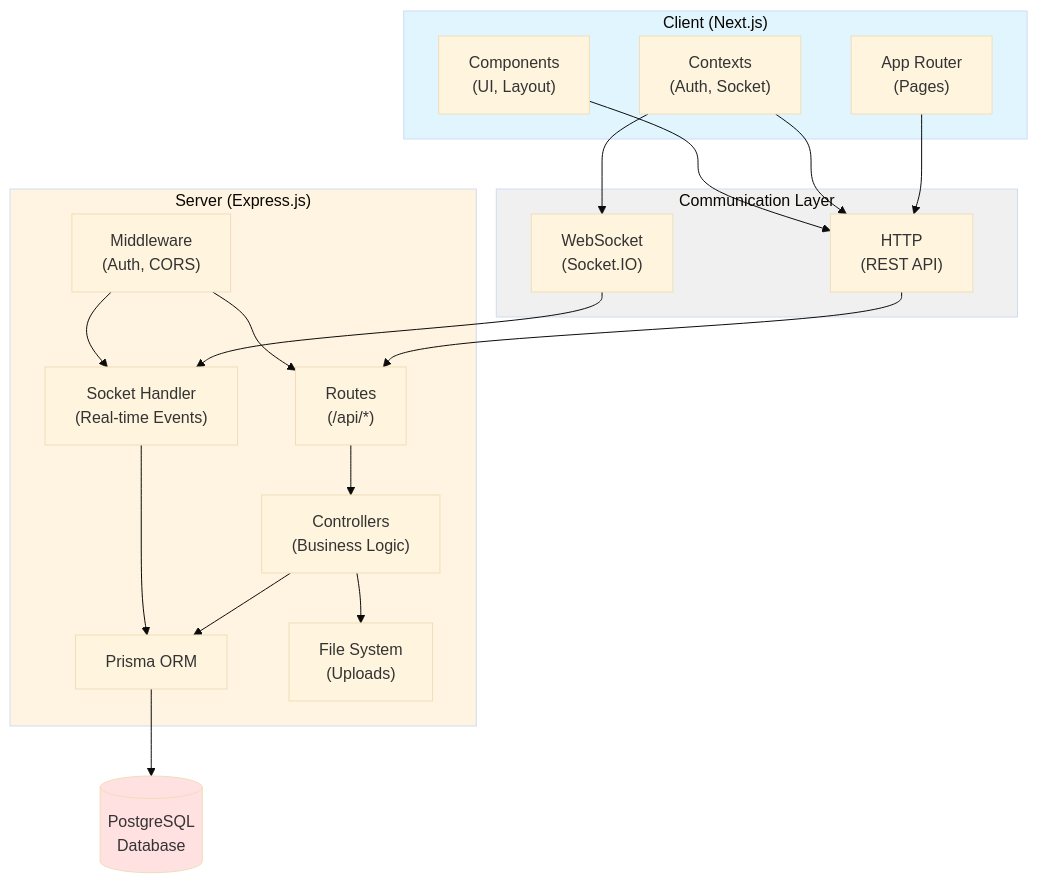
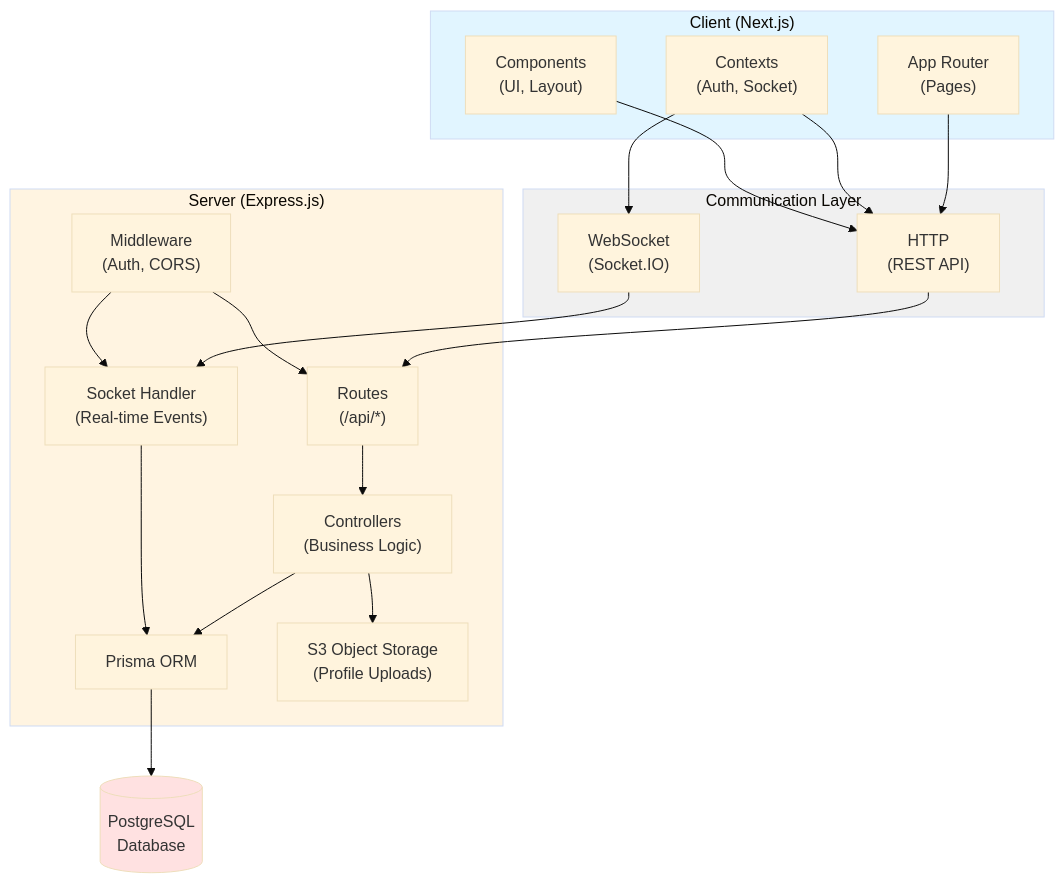
One commit to arnplsrz/kasinta changed the first of 5 diagrams in README.md. Above: the diagram before and after it, drawn with Mermaid (base theme). The commit also changed other lines of this file and 2 other files, not shown here.

````diff
--- a/README.md
+++ b/README.md
@@ -352,44 +354,44 @@
 ```mermaid
 graph TB
     subgraph Client["Client (Next.js)"]
         AppRouter["App Router<br/>(Pages)"]
         Contexts["Contexts<br/>(Auth, Socket)"]
         Components["Components<br/>(UI, Layout)"]
     end
 
     subgraph Communication["Communication Layer"]
         HTTP["HTTP<br/>(REST API)"]
         WebSocket["WebSocket<br/>(Socket.IO)"]
     end
 
     subgraph Server["Server (Express.js)"]
         Routes["Routes<br/>(/api/*)"]
         Controllers["Controllers<br/>(Business Logic)"]
         SocketHandler["Socket Handler<br/>(Real-time Events)"]
         Middleware["Middleware<br/>(Auth, CORS)"]
         Prisma["Prisma ORM"]
-        FileSystem["File System<br/>(Uploads)"]
+        ObjectStorage["S3 Object Storage<br/>(Profile Uploads)"]
     end
 
     Database[("PostgreSQL<br/>Database")]
 
     AppRouter --> HTTP
     Contexts --> HTTP
     Contexts --> WebSocket
     Components --> HTTP
 
     HTTP --> Routes
     WebSocket --> SocketHandler
     Routes --> Controllers
     Controllers --> Prisma
-    Controllers --> FileSystem
+    Controllers --> ObjectStorage
     SocketHandler --> Prisma
     Middleware --> Routes
     Middleware --> SocketHandler
     Prisma --> Database
 
     style Client fill:#e1f5ff
     style Server fill:#fff4e1
     style Database fill:#ffe1e1
     style Communication fill:#f0f0f0
 ```
````
